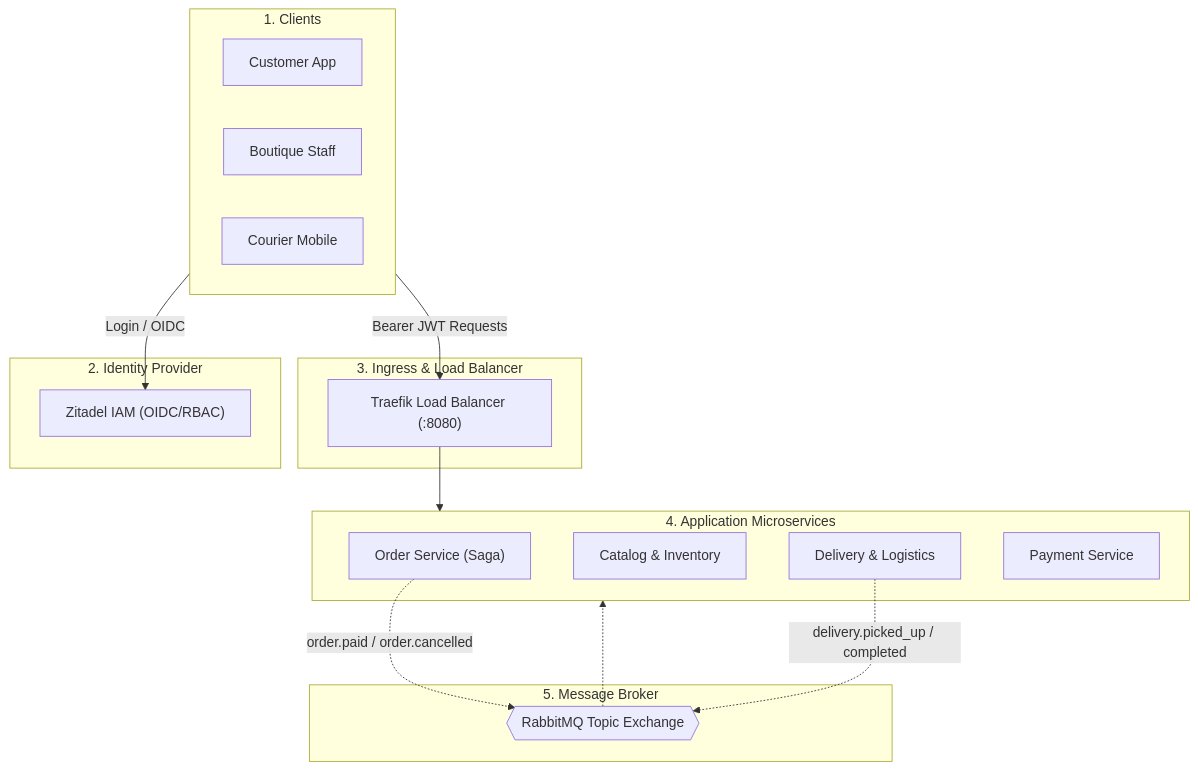
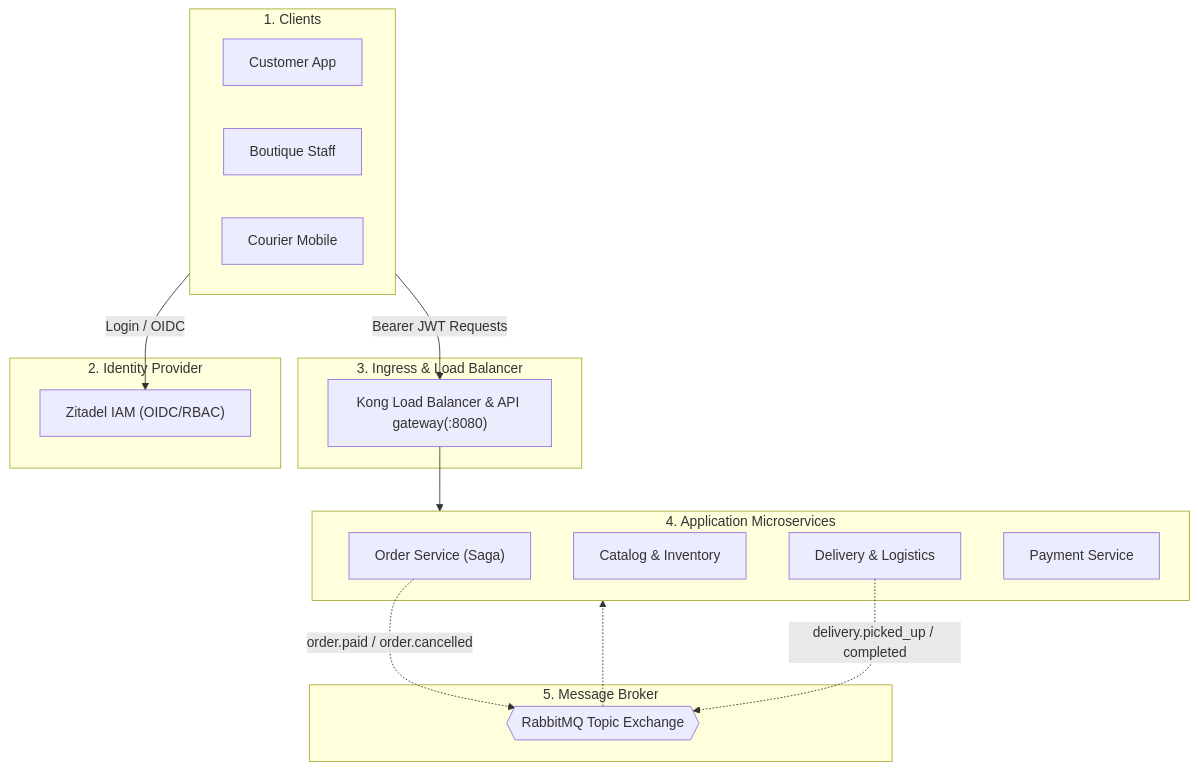
The diagram in README.md (Ilyasnightblid/micro-service), drawn with Mermaid before and after one commit.

````diff
--- a/README.md
+++ b/README.md
@@ -59,35 +59,35 @@
 ```mermaid
 flowchart TB
     subgraph Clients["1. Clients"]
         Customer["Customer App"]
         Staff["Boutique Staff"]
         Courier["Courier Mobile"]
     end
 
     subgraph Security["2. Identity Provider"]
         Zitadel["Zitadel IAM (OIDC/RBAC)"]
     end
 
     subgraph Edge["3. Ingress & Load Balancer"]
-        Gateway["Traefik Load Balancer (:8080)"]
+        Gateway["Kong Load Balancer & API gateway(:8080)"]
     end
 
     subgraph Mesh["4. Application Microservices"]
         OrderSvc["Order Service (Saga)"]
         InvSvc["Catalog & Inventory"]
         DelivSvc["Delivery & Logistics"]
         PaySvc["Payment Service"]
     end
 
     subgraph Events["5. Message Broker"]
         RabbitMQ{{"RabbitMQ Topic Exchange"}}
     end
 
     Clients -->|Login / OIDC| Zitadel
     Clients -->|Bearer JWT Requests| Gateway
     Gateway --> Mesh
 
     OrderSvc -.->|order.paid / order.cancelled| RabbitMQ
     DelivSvc -.->|delivery.picked_up / completed| RabbitMQ
     RabbitMQ -.-> Mesh
 ```
````
